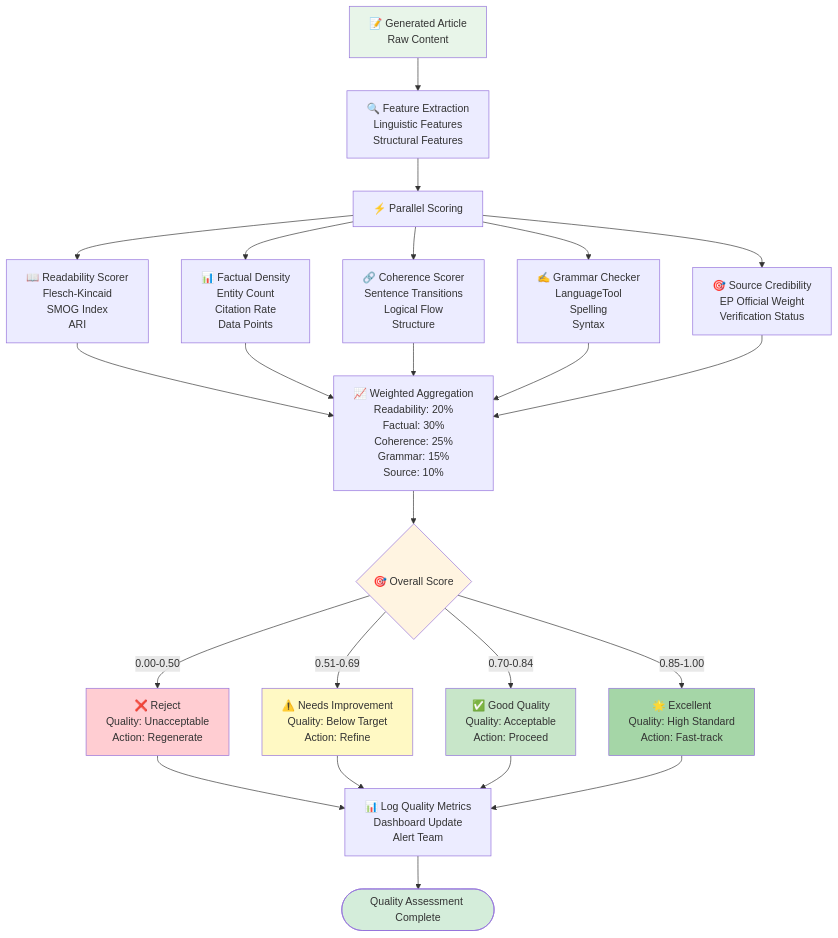
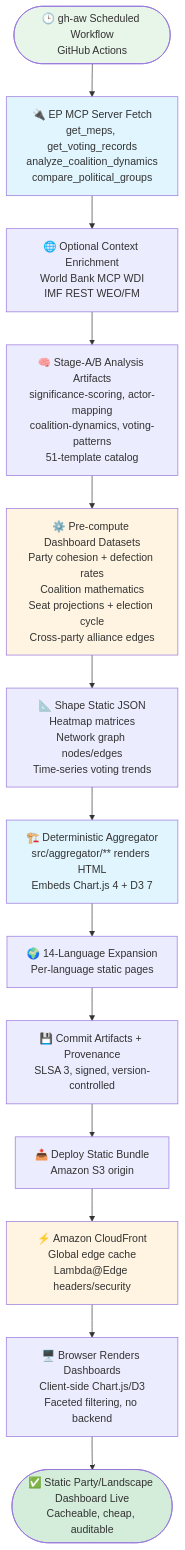
One commit to Hack23/euparliamentmonitor changed the second of 8 diagrams in FUTURE_FLOWCHART.md. Above: the diagram before and after it, drawn with Mermaid. The commit also changed other lines of this file and 5 other files, not shown here.

Commit message:
docs: rewrite FUTURE architecture portfolio for v2.0/v3.0 all-in-AWS vision

````diff
--- a/FUTURE_FLOWCHART.md
+++ b/FUTURE_FLOWCHART.md
@@ -264,40 +193,33 @@
 ```mermaid
 flowchart TD
-    Input[📝 Generated Article<br/>Raw Content] --> ExtractFeatures[🔍 Feature Extraction<br/>Linguistic Features<br/>Structural Features]
+    Trigger([🕒 gh-aw Scheduled Workflow<br/>GitHub Actions]) --> MCPFetch[🔌 EP MCP Server Fetch<br/>get_meps, get_voting_records<br/>analyze_coalition_dynamics<br/>compare_political_groups]
 
-    ExtractFeatures --> ParallelScoring[⚡ Parallel Scoring]
+    MCPFetch --> Enrich[🌐 Optional Context Enrichment<br/>World Bank MCP WDI<br/>IMF REST WEO/FM]
 
-    ParallelScoring --> Readability[📖 Readability Scorer<br/>Flesch-Kincaid<br/>SMOG Index<br/>ARI]
-    ParallelScoring --> FactualDensity[📊 Factual Density<br/>Entity Count<br/>Citation Rate<br/>Data Points]
-    ParallelScoring --> Coherence[🔗 Coherence Scorer<br/>Sentence Transitions<br/>Logical Flow<br/>Structure]
-    ParallelScoring --> Grammar[✍️ Grammar Checker<br/>LanguageTool<br/>Spelling<br/>Syntax]
-    ParallelScoring --> SourceCredibility[🎯 Source Credibility<br/>EP Official Weight<br/>Verification Status]
+    Enrich --> Analysis[🧠 Stage-A/B Analysis Artifacts<br/>significance-scoring, actor-mapping<br/>coalition-dynamics, voting-patterns<br/>51-template catalog]
 
-    Readability --> Aggregate[📈 Weighted Aggregation<br/>Readability: 20%<br/>Factual: 30%<br/>Coherence: 25%<br/>Grammar: 15%<br/>Source: 10%]
-    FactualDensity --> Aggregate
-    Coherence --> Aggregate
-    Grammar --> Aggregate
-    SourceCredibility --> Aggregate
+    Analysis --> Precompute[⚙️ Pre-compute Dashboard Datasets<br/>Party cohesion + defection rates<br/>Coalition mathematics<br/>Seat projections + election cycle<br/>Cross-party alliance edges]
 
-    Aggregate --> OverallScore{🎯 Overall Score}
+    Precompute --> Shape[📐 Shape Static JSON<br/>Heatmap matrices<br/>Network graph nodes/edges<br/>Time-series voting trends]
 
-    OverallScore -->|0.00-0.50| Reject[❌ Reject<br/>Quality: Unacceptable<br/>Action: Regenerate]
-    OverallScore -->|0.51-0.69| NeedsWork[⚠️ Needs Improvement<br/>Quality: Below Target<br/>Action: Refine]
-    OverallScore -->|0.70-0.84| Good[✅ Good Quality<br/>Quality: Acceptable<br/>Action: Proceed]
-    OverallScore -->|0.85-1.00| Excellent[🌟 Excellent<br/>Quality: High Standard<br/>Action: Fast-track]
+    Shape --> AggRender[🏗️ Deterministic Aggregator<br/>src/aggregator/** renders HTML<br/>Embeds Chart.js 4 + D3 7]
 
-    Reject --> LogMetrics[📊 Log Quality Metrics<br/>Dashboard Update<br/>Alert Team]
-    NeedsWork --> LogMetrics
-    Good --> LogMetrics
-    Excellent --> LogMetrics
+    AggRender --> Lang[🌍 14-Language Expansion<br/>Per-language static pages]
 
-    LogMetrics --> Output([Quality Assessment Complete])
+    Lang --> Commit[💾 Commit Artifacts + Provenance<br/>SLSA 3, signed, version-controlled]
 
-    style Input fill:#e8f5e9
-    style OverallScore fill:#fff4e1
-    style Reject fill:#ffcdd2
-    style NeedsWork fill:#fff9c4
-    style Good fill:#c8e6c9
-    style Excellent fill:#a5d6a7
-    style Output fill:#d4edda
+    Commit --> Deploy[📤 Deploy Static Bundle<br/>Amazon S3 origin]
+
+    Deploy --> CDN[⚡ Amazon CloudFront<br/>Global edge cache<br/>Lambda@Edge headers/security]
+
+    CDN --> Client[🖥️ Browser Renders Dashboards<br/>Client-side Chart.js/D3<br/>Faceted filtering, no backend]
+
+    Client --> Done([✅ Static Party/Landscape Dashboard Live<br/>Cacheable, cheap, auditable])
+
+    style Trigger fill:#e8f5e9
+    style MCPFetch fill:#e1f5ff
+    style Precompute fill:#fff4e1
+    style AggRender fill:#e1f5ff
+    style CDN fill:#fff4e1
+    style Done fill:#d4edda
 ```
````
